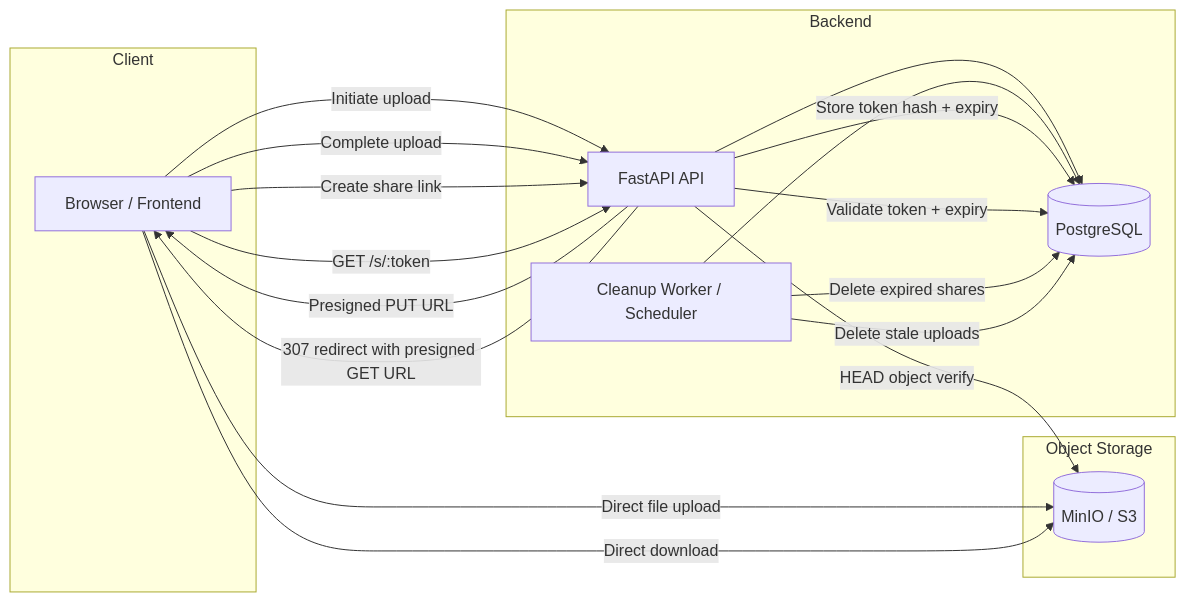
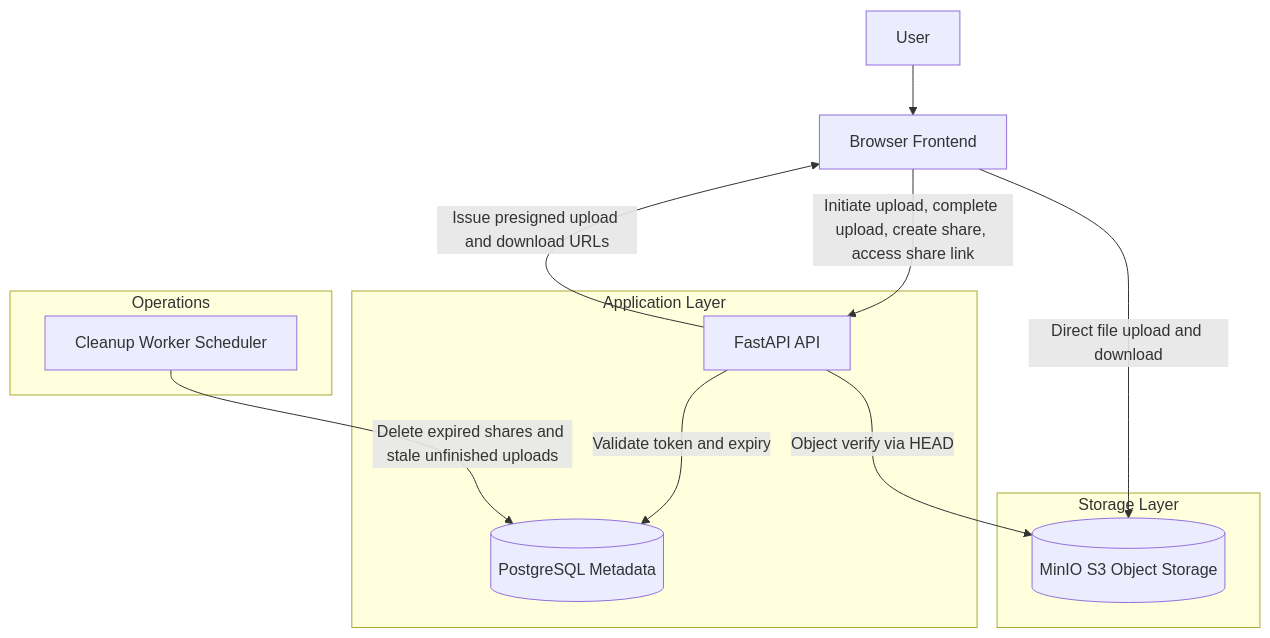
One commit to F64116045/File-Sharing-Application changed the first of 2 diagrams in README.md. Above: the diagram before and after it, drawn with Mermaid.

Commit message:
docs(readme): simplify system diagram and reduce line overlap

````diff
--- a/README.md
+++ b/README.md
@@ -41,35 +41,29 @@
 ```mermaid
-flowchart LR
-    subgraph Client[Client]
-      FE[Browser / Frontend]
+flowchart TB
+    U[User]
+    FE[Browser Frontend]
+
+    subgraph AppLayer[Application Layer]
+      API[FastAPI API]
+      DB[(PostgreSQL Metadata)]
     end
 
-    subgraph App[Backend]
-      API[FastAPI API]
-      DB[(PostgreSQL)]
-      CW[Cleanup Worker / Scheduler]
-      API --> DB
-      CW --> DB
+    subgraph StorageLayer[Storage Layer]
+      S3[(MinIO S3 Object Storage)]
     end
 
-    subgraph Storage[Object Storage]
-      S3[(MinIO / S3)]
+    subgraph OpsLayer[Operations]
+      CW[Cleanup Worker Scheduler]
     end
 
-    FE -->|Initiate upload| API
-    API -->|Presigned PUT URL| FE
-    FE -->|Direct file upload| S3
-    FE -->|Complete upload| API
-    API -->|HEAD object verify| S3
+    U --> FE
 
-    FE -->|Create share link| API
-    API -->|Store token hash + expiry| DB
+    FE -->|Initiate upload, complete upload, create share, access share link| API
+    API -->|Issue presigned upload and download URLs| FE
 
-    FE -->|GET /s/:token| API
-    API -->|Validate token + expiry| DB
-    API -->|307 redirect with presigned GET URL| FE
-    FE -->|Direct download| S3
+    FE -->|Direct file upload and download| S3
+    API -->|Object verify via HEAD| S3
 
-    CW -->|Delete expired shares| DB
-    CW -->|Delete stale uploads| DB
+    API -->|Validate token and expiry| DB
+    CW -->|Delete expired shares and stale unfinished uploads| DB
 ```
````
